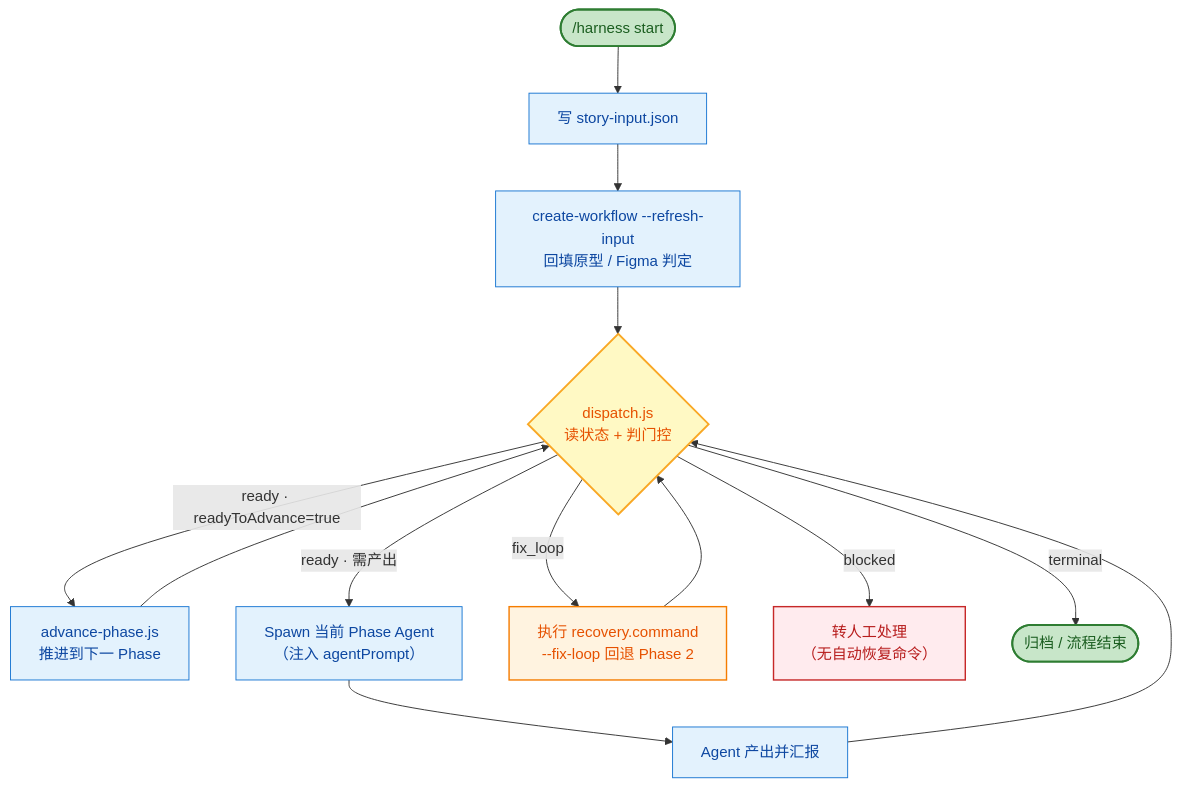
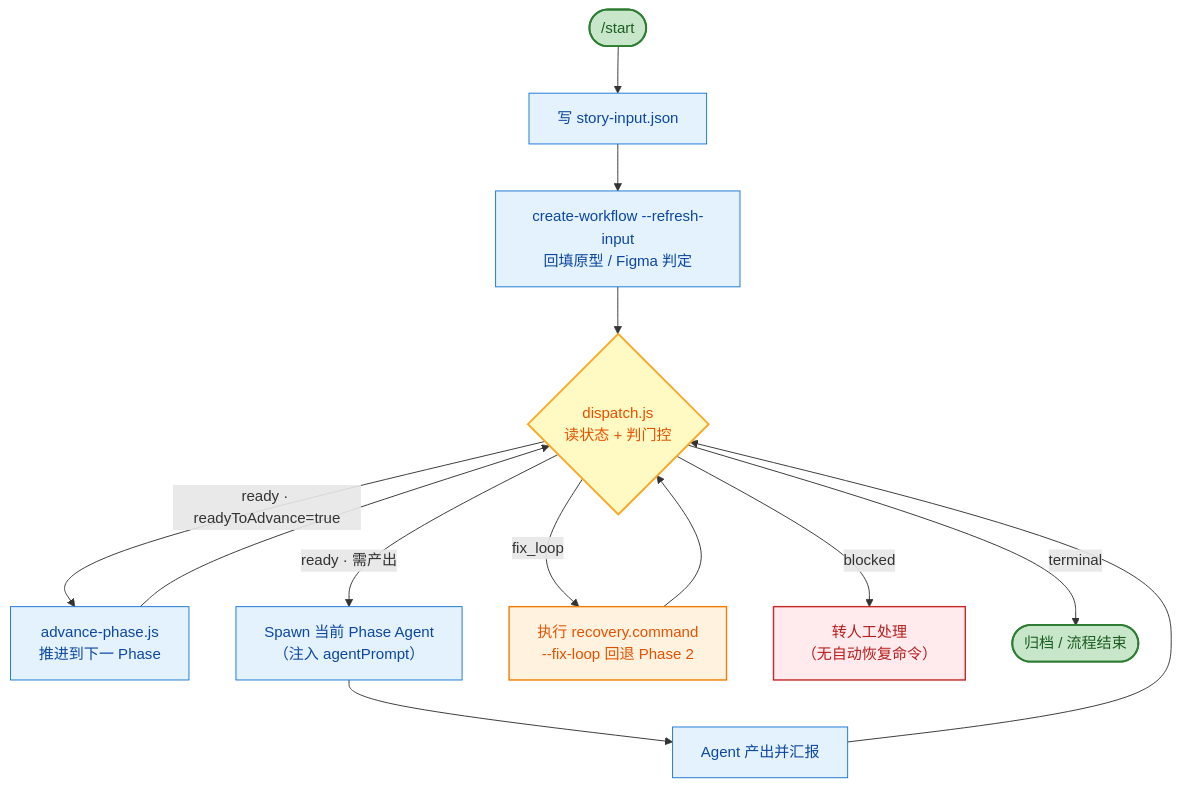
The second of 2 diagrams in README.md (JayCJP/harnessflow), drawn with Mermaid before and after one commit. The commit also changed other lines of this file and 2 other files, not shown here.

Commit message:
docs(harness): 统一命令入口为 /start /end /evolve /archive 并补充插件清单

````diff
--- a/README.md
+++ b/README.md
@@ -94,43 +94,43 @@
 ```mermaid
 flowchart TD
-    Start(["/harness start"])
+    Start(["/start"])
     Input["写 story-input.json"]
     Refresh["create-workflow --refresh-input<br/>回填原型 / Figma 判定"]
     Dispatch{"dispatch.js<br/>读状态 + 判门控"}
 
     Advance["advance-phase.js<br/>推进到下一 Phase"]
     Spawn["Spawn 当前 Phase Agent<br/>（注入 agentPrompt）"]
     Report["Agent 产出并汇报"]
     FixLoop["执行 recovery.command<br/>--fix-loop 回退 Phase 2"]
     Manual["转人工处理<br/>（无自动恢复命令）"]
     End(["归档 / 流程结束"])
 
     Start --> Input
     Input --> Refresh
     Refresh --> Dispatch
 
     Dispatch -->|"ready · readyToAdvance=true"| Advance
     Advance --> Dispatch
 
     Dispatch -->|"ready · 需产出"| Spawn
     Spawn --> Report
     Report --> Dispatch
 
     Dispatch -->|"fix_loop"| FixLoop
     FixLoop --> Dispatch
 
     Dispatch -->|"blocked"| Manual
     Dispatch -->|"terminal"| End
 
     classDef startEnd fill:#c8e6c9,stroke:#2e7d32,color:#1b5e20,stroke-width:2px
     classDef action fill:#e3f2fd,stroke:#1976d2,color:#0d47a1
     classDef decision fill:#fff9c4,stroke:#f9a825,color:#e65100,stroke-width:2px
     classDef fixloop fill:#fff3e0,stroke:#f57c00,color:#e65100,stroke-width:1.5px
     classDef manual fill:#ffebee,stroke:#c62828,color:#b71c1c,stroke-width:1.5px
 
     class Start,End startEnd
     class Input,Refresh,Advance,Spawn,Report action
     class Dispatch decision
     class FixLoop fixloop
     class Manual manual
 ```
````
